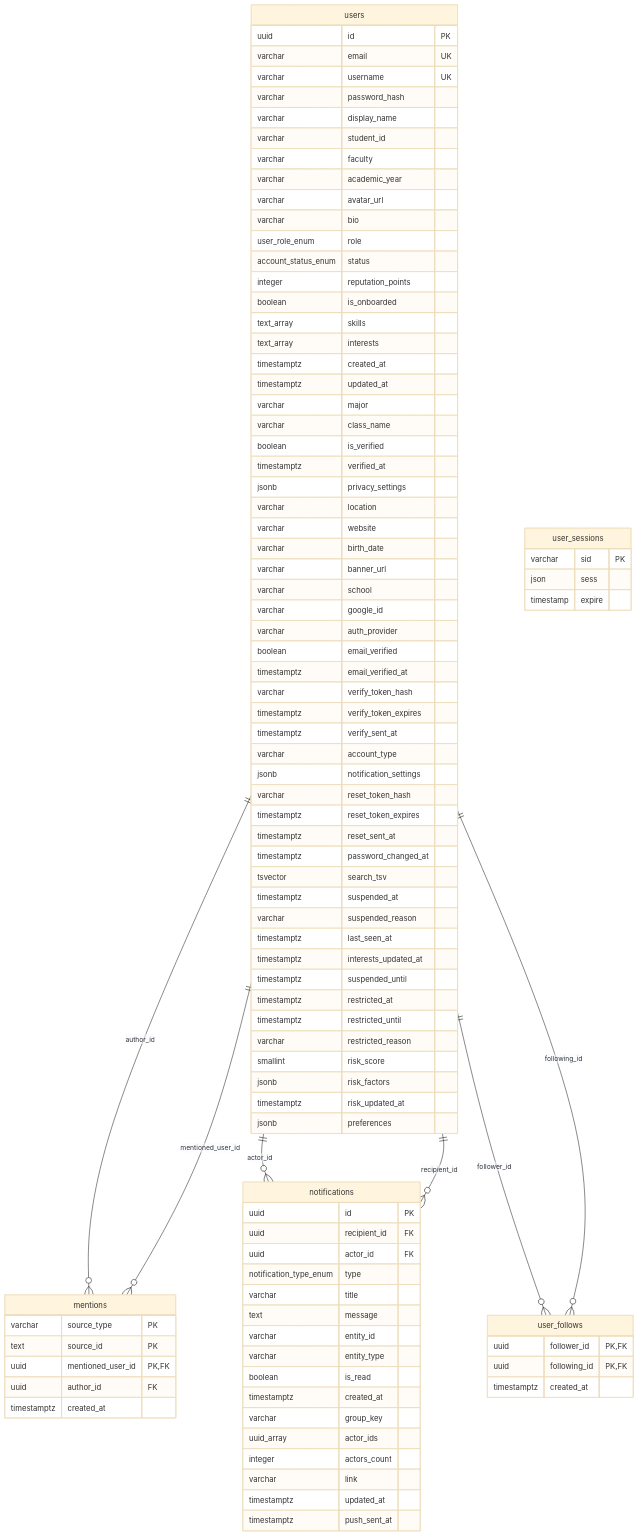
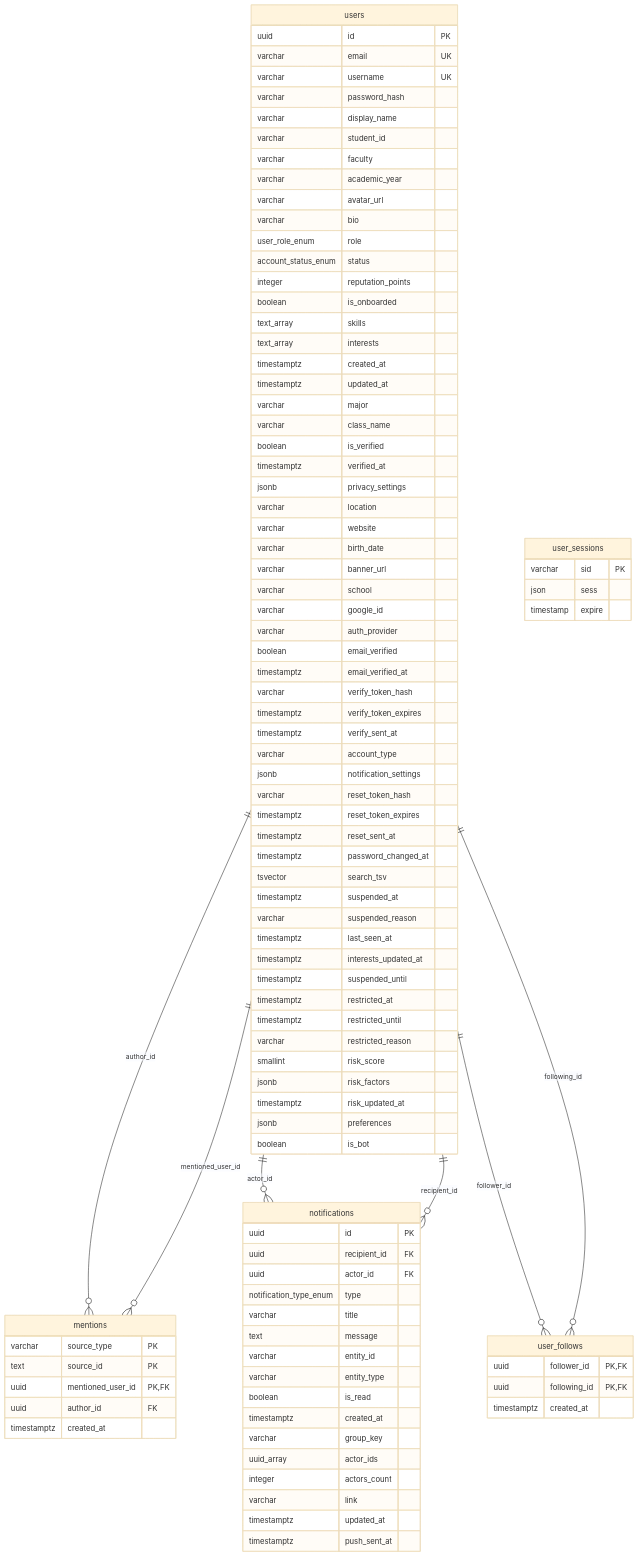
One commit to nhatcoi/pu-connect changed the second of 7 diagrams in docs/diagrams/04-erd.md. Above: the diagram before and after it, drawn with Mermaid (base theme). The commit also changed other lines of this file and 18 other files, not shown here.

```diff
--- a/docs/diagrams/04-erd.md
+++ b/docs/diagrams/04-erd.md
@@ -170,6 +175,7 @@
     jsonb risk_factors
     timestamptz risk_updated_at
     jsonb preferences
+    boolean is_bot
   }
   user_follows {
     uuid follower_id PK,FK
```
